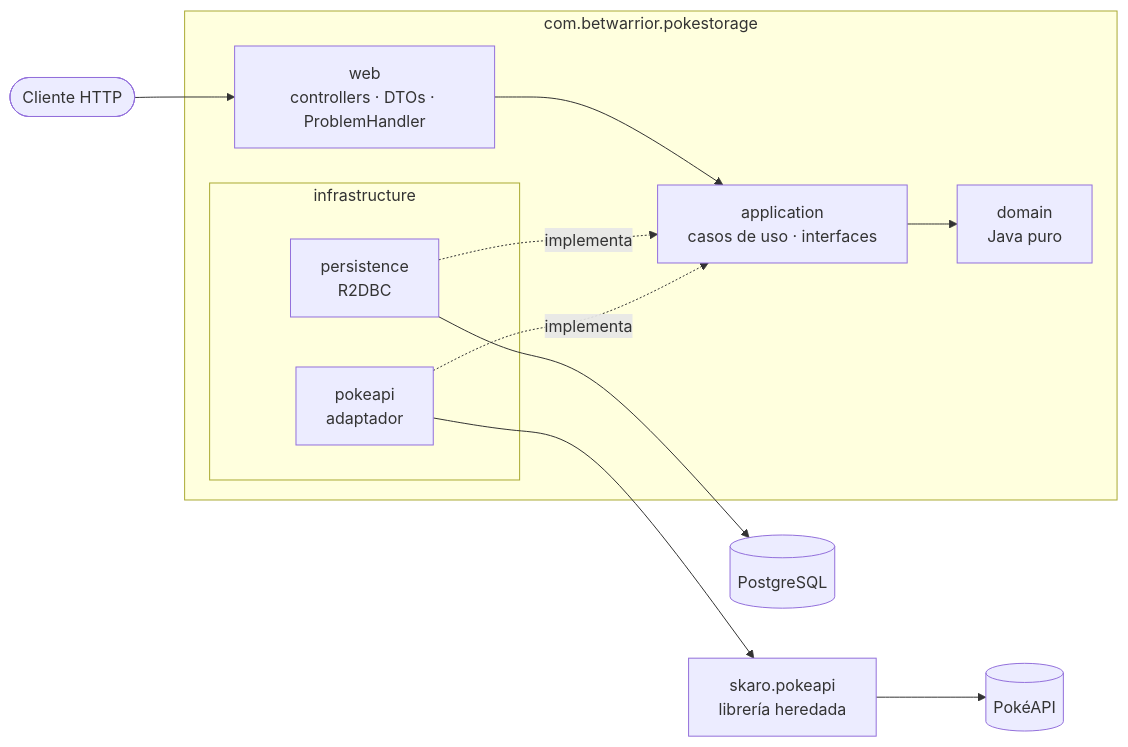
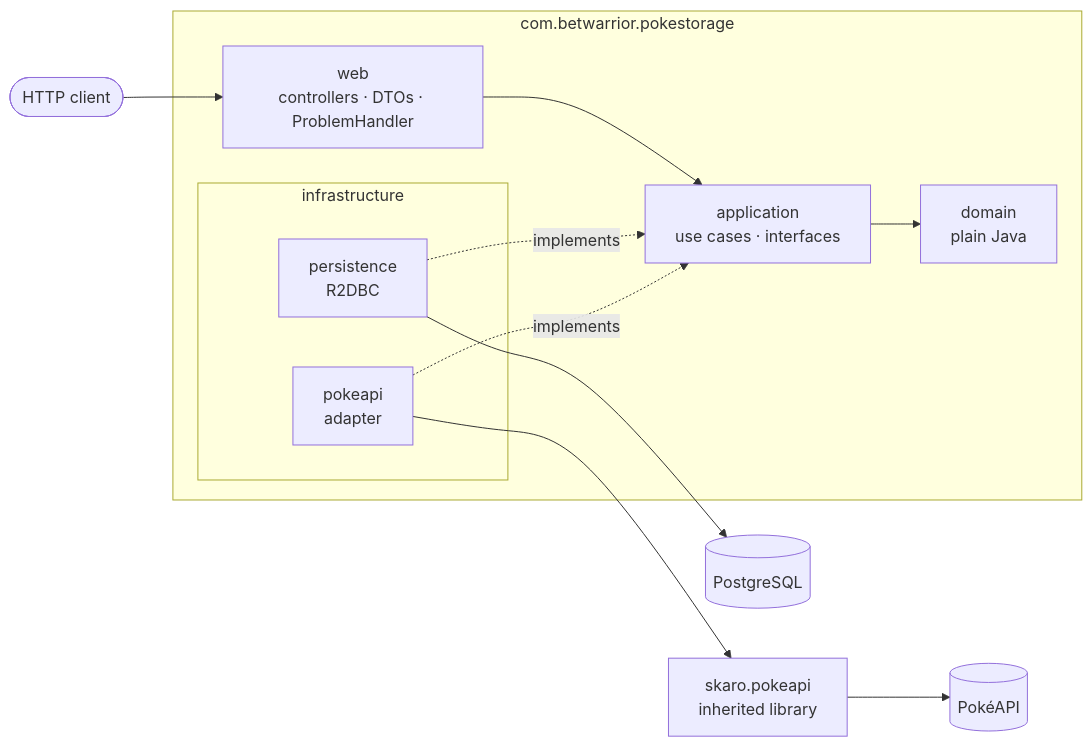
Before and after one commit to JuarezJonatan/pokemon-trainer-service: the first of 2 diagrams in README.md, drawn with Mermaid. The commit also changed other lines of this file, not shown here.

````diff
--- a/README.md
+++ b/README.md
@@ -139,23 +139,23 @@
 ```mermaid
 flowchart LR
-    client([Cliente HTTP]) --> web
+    client([HTTP client]) --> web
 
     subgraph service[com.betwarrior.pokestorage]
         web[web<br/>controllers · DTOs · ProblemHandler]
-        app[application<br/>casos de uso · interfaces]
-        domain[domain<br/>Java puro]
+        app[application<br/>use cases · interfaces]
+        domain[domain<br/>plain Java]
         subgraph infra[infrastructure]
             persistence[persistence<br/>R2DBC]
-            pokeapi[pokeapi<br/>adaptador]
+            pokeapi[pokeapi<br/>adapter]
         end
     end
 
-    lib[skaro.pokeapi<br/>librería heredada]
+    lib[skaro.pokeapi<br/>inherited library]
 
     web --> app --> domain
-    persistence -. implementa .-> app
-    pokeapi -. implementa .-> app
+    persistence -. implements .-> app
+    pokeapi -. implements .-> app
     pokeapi --> lib
     persistence --> db[(PostgreSQL)]
     lib --> ext[(PokéAPI)]
 ```
````
